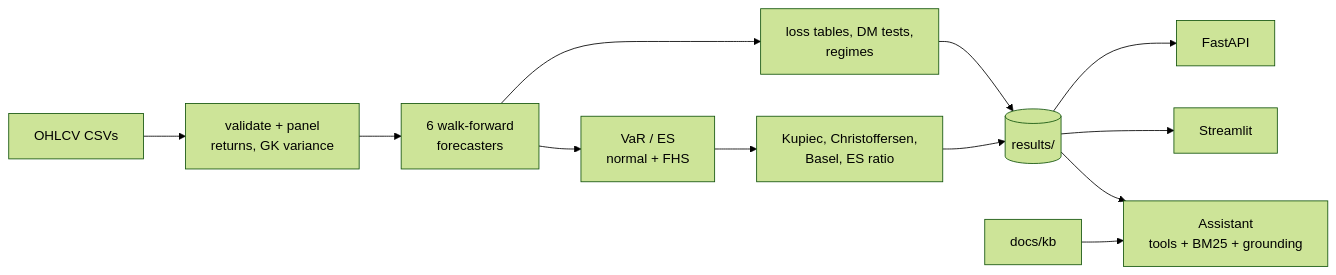
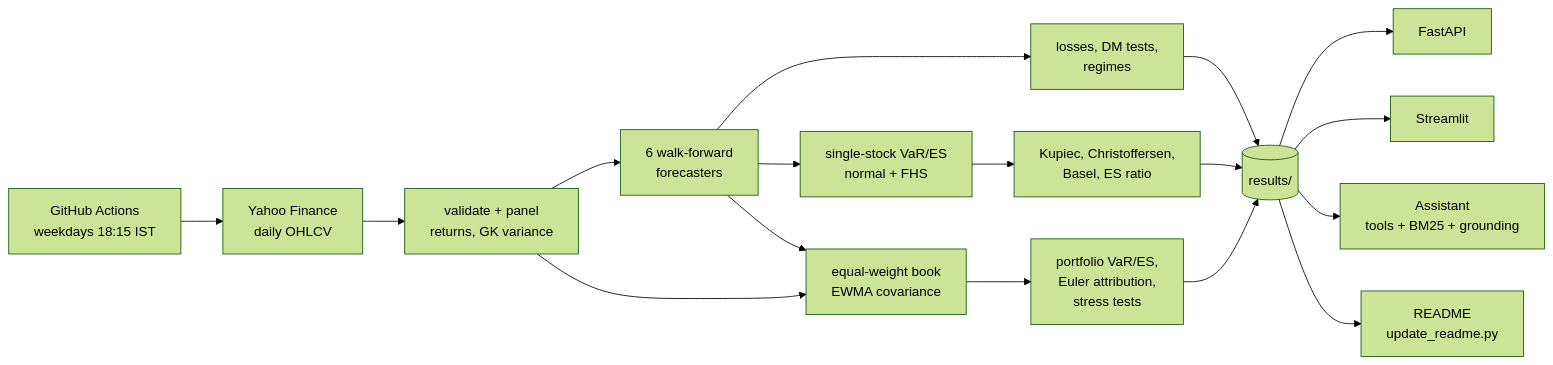
One commit to tarubee19/vol-var-india changed the diagram in README.md. Above: the diagram before and after it, drawn with Mermaid (forest theme). The commit also changed other lines of this file and 3 other files, not shown here.

````diff
--- a/README.md
+++ b/README.md
@@ -30,14 +80,19 @@
 ```mermaid
 flowchart LR
-    A[OHLCV CSVs] --> B[validate + panel<br/>returns, GK variance]
+    Y[Yahoo Finance<br/>daily OHLCV] --> B[validate + panel<br/>returns, GK variance]
     B --> C[6 walk-forward<br/>forecasters]
-    C --> D[loss tables, DM tests,<br/>regimes]
-    C --> E[VaR / ES<br/>normal + FHS]
+    C --> D[losses, DM tests,<br/>regimes]
+    C --> E[single-stock VaR/ES<br/>normal + FHS]
     E --> F[Kupiec, Christoffersen,<br/>Basel, ES ratio]
+    B --> P[equal-weight book<br/>EWMA covariance]
+    C --> P
+    P --> Q[portfolio VaR/ES,<br/>Euler attribution,<br/>stress tests]
     D --> G[(results/)]
     F --> G
+    Q --> G
     G --> H[FastAPI]
     G --> I[Streamlit]
     G --> J[Assistant<br/>tools + BM25 + grounding]
-    K[docs/kb] --> J
+    G --> R[README<br/>update_readme.py]
+    S[GitHub Actions<br/>weekdays 18:15 IST] --> Y
 ```
````
